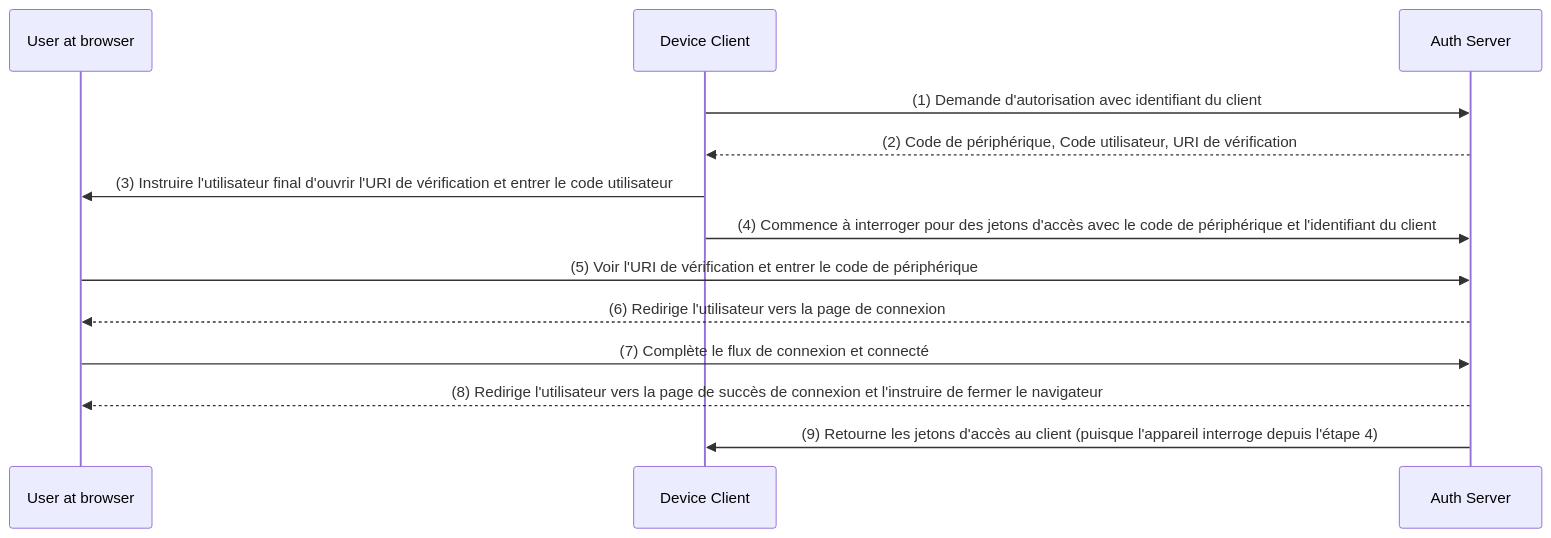
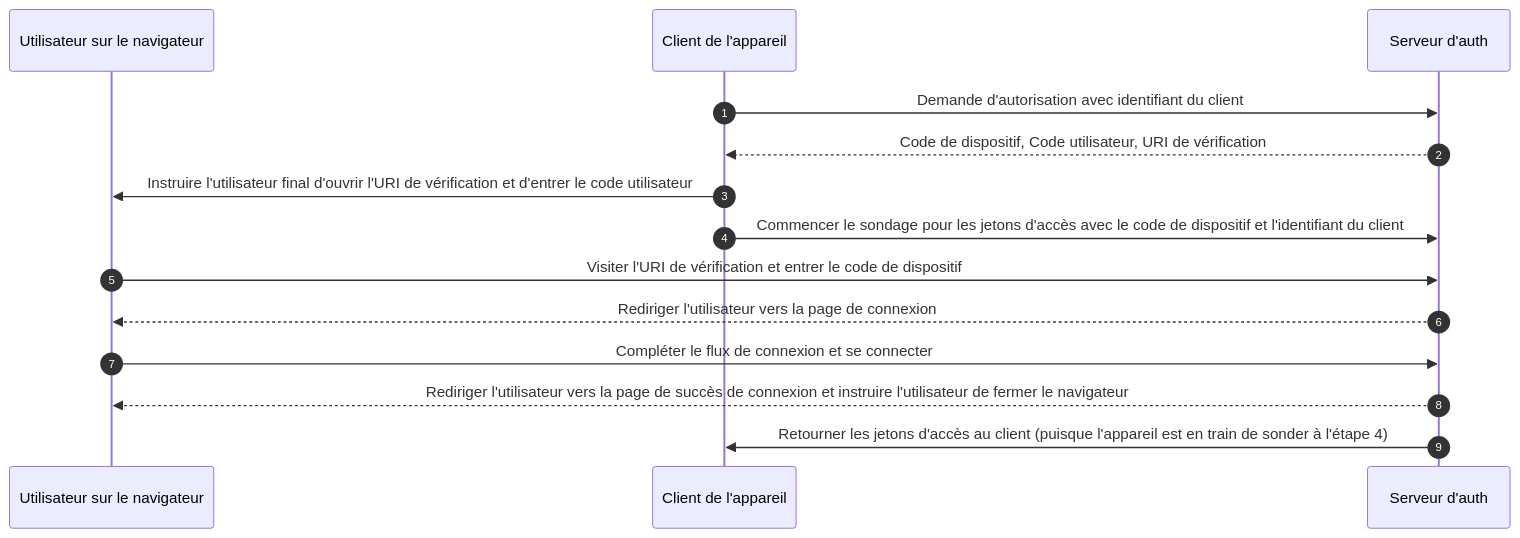
The diagram in src/content/terms/fr/device-flow.mdx (logto-io/auth-wiki), drawn with Mermaid before and after one commit. The commit also changed other lines of this file and 98 other files, not shown here.

````diff
--- a/src/content/terms/fr/device-flow.mdx
+++ b/src/content/terms/fr/device-flow.mdx
@@ -88,16 +90,17 @@
 ```mermaid
 sequenceDiagram
-	participant User at browser
-	participant Device Client
-	participant Auth Server
+	autonumber
+	participant Utilisateur sur le navigateur
+	participant Client de l'appareil
+	participant Serveur d'auth
 
-	Device Client ->> Auth Server: (1) Demande d'autorisation avec identifiant du client
-	Auth Server -->> Device Client: (2) Code de périphérique, Code utilisateur, URI de vérification
-	Device Client ->> User at browser: (3) Instruire l'utilisateur final d'ouvrir l'URI de vérification et entrer le code utilisateur
-	Device Client ->> Auth Server: (4) Commence à interroger pour des jetons d'accès avec le code de périphérique et l'identifiant du client
-	User at browser ->> Auth Server: (5) Voir l'URI de vérification et entrer le code de périphérique
-	Auth Server -->> User at browser: (6) Redirige l'utilisateur vers la page de connexion
-	User at browser ->> Auth Server: (7) Complète le flux de connexion et connecté
-	Auth Server -->> User at browser: (8) Redirige l'utilisateur vers la page de succès de connexion et l'instruire de fermer le navigateur
-	Auth Server ->> Device Client: (9) Retourne les jetons d'accès au client (puisque l'appareil interroge depuis l'étape 4)
+	Client de l'appareil ->> Serveur d'auth : Demande d'autorisation avec identifiant du client
+	Serveur d'auth -->> Client de l'appareil : Code de dispositif, Code utilisateur, URI de vérification
+	Client de l'appareil ->> Utilisateur sur le navigateur : Instruire l'utilisateur final d'ouvrir l'URI de vérification et d'entrer le code utilisateur
+	Client de l'appareil ->> Serveur d'auth : Commencer le sondage pour les jetons d'accès avec le code de dispositif et l'identifiant du client
+	Utilisateur sur le navigateur ->> Serveur d'auth : Visiter l'URI de vérification et entrer le code de dispositif
+	Serveur d'auth -->> Utilisateur sur le navigateur : Rediriger l'utilisateur vers la page de connexion
+	Utilisateur sur le navigateur ->> Serveur d'auth : Compléter le flux de connexion et se connecter
+	Serveur d'auth -->> Utilisateur sur le navigateur : Rediriger l'utilisateur vers la page de succès de connexion et instruire l'utilisateur de fermer le navigateur
+	Serveur d'auth ->> Client de l'appareil : Retourner les jetons d'accès au client (puisque l'appareil est en train de sonder à l'étape 4)
 ```
````
